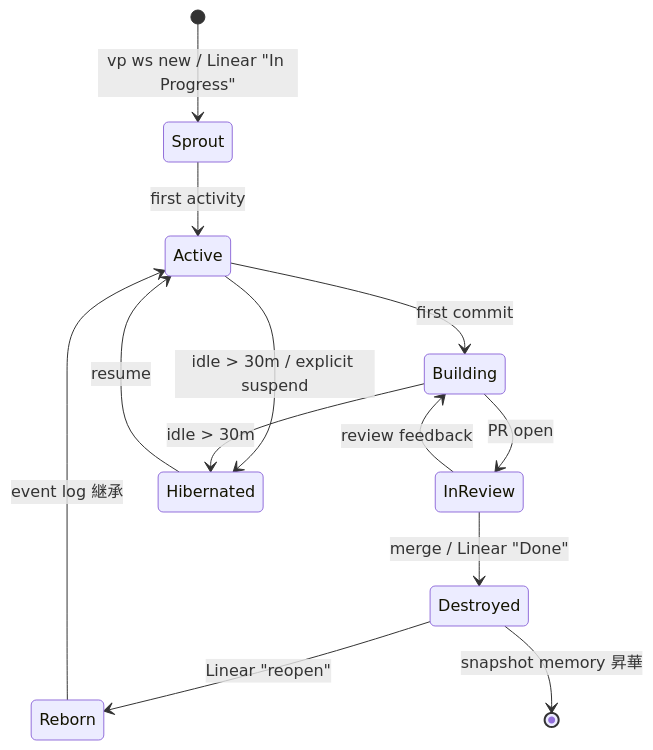
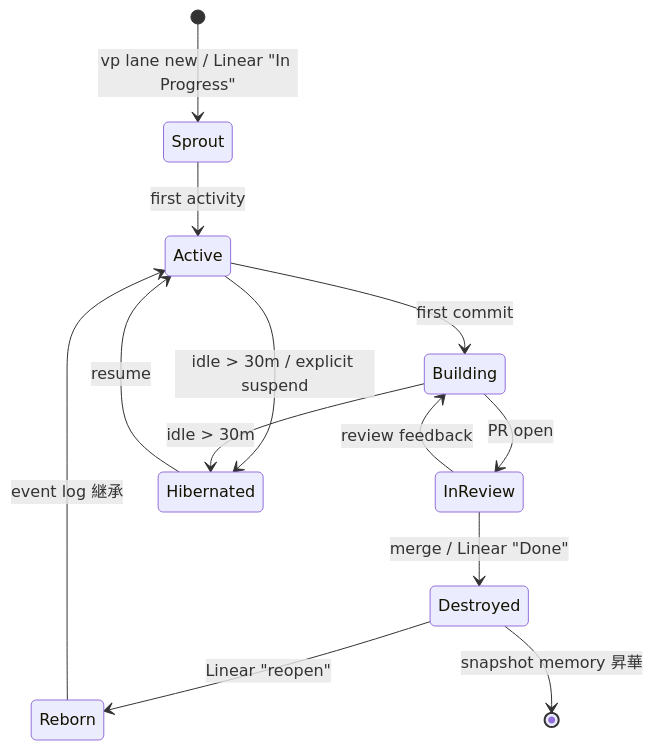
One commit to chronista-club/vantage-point changed the second of 7 diagrams in docs/design/07-lane-as-process.md. Above: the diagram before and after it, drawn with Mermaid. The commit also changed other lines of this file and 15 other files, not shown here.

````diff
--- a/docs/design/07-lane-as-process.md
+++ b/docs/design/07-lane-as-process.md
@@ -190,18 +190,18 @@
 ```mermaid
 stateDiagram-v2
-  [*] --> Sprout: vp ws new / Linear "In Progress"
+  [*] --> Sprout: vp lane new / Linear "In Progress"
   Sprout --> Active: first activity
   Active --> Building: first commit
   Building --> InReview: PR open
   InReview --> Destroyed: merge / Linear "Done"
   InReview --> Building: review feedback
 
   Active --> Hibernated: idle > 30m / explicit suspend
   Building --> Hibernated: idle > 30m
   Hibernated --> Active: resume
 
   Destroyed --> Reborn: Linear "reopen"
   Reborn --> Active: event log 継承
 
   Destroyed --> [*]: snapshot memory 昇華
 ```
````
